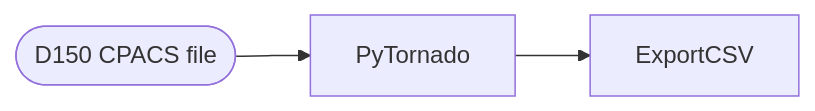
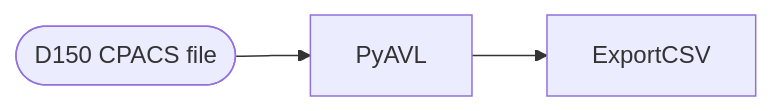
One commit to cfsengineering/CEASIOMpy changed the diagram in test_cases/test_case_1/README.md. Above: the diagram before and after it, drawn with Mermaid. The commit also changed other lines of this file and 30 other files, not shown here.

````diff
--- a/test_cases/test_case_1/README.md
+++ b/test_cases/test_case_1/README.md
@@ -28,5 +28,5 @@
 ```mermaid
   graph LR;
-      D150([D150 CPACS file])-->PyTornado;
-      PyTornado-->ExportCSV;
+      D150([D150 CPACS file])-->PyAVL;
+      PyAVL-->ExportCSV;
 ```
````
